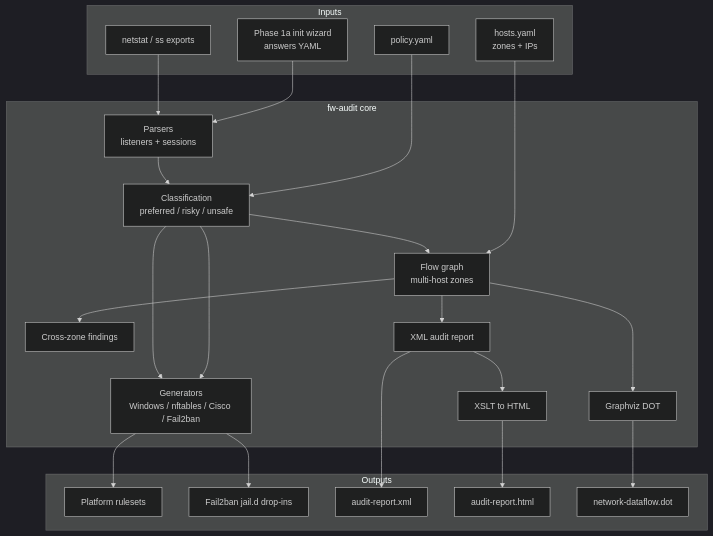
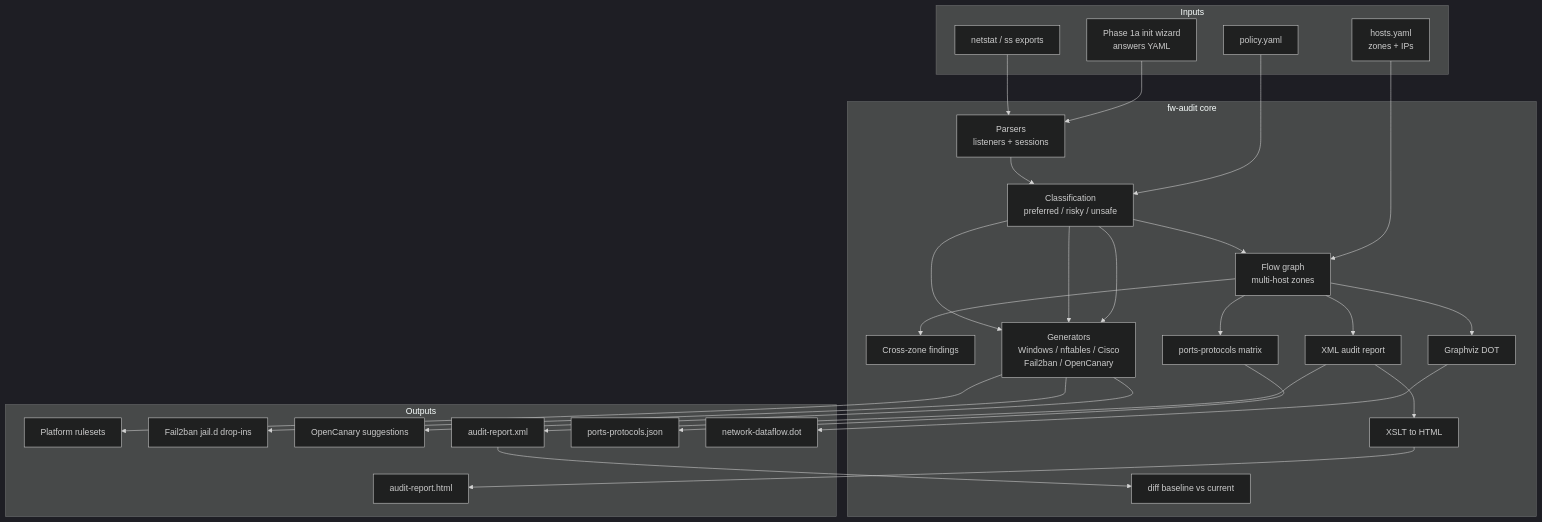
One commit to mowgli42/shield-map changed the first of 4 diagrams in README.md. Above: the diagram before and after it, drawn with Mermaid (dark theme). The commit also changed other lines of this file, not shown here.

Commit message:
Polish README architecture and status for consolidated health gaps.
Reflect ports-protocols matrix, OpenCanary, diff, and library API in the
diagram, SnarkSentinel note, and phase status table.

````diff
--- a/README.md
+++ b/README.md
@@ -9,39 +9,46 @@
 ```mermaid
 flowchart TB
   subgraph inputs [Inputs]
     INIT[Phase 1a init wizard\nanswers YAML]
     NET[netstat / ss exports]
     HOSTS[hosts.yaml\nzones + IPs]
     POLICY[policy.yaml]
   end
 
   subgraph core [fw-audit core]
     PARSE[Parsers\nlisteners + sessions]
     CLASS[Classification\npreferred / risky / unsafe]
     GRAPH[Flow graph\nmulti-host zones]
     CROSS[Cross-zone findings]
-    GEN[Generators\nWindows / nftables / Cisco / Fail2ban]
+    GEN[Generators\nWindows / nftables / Cisco\nFail2ban / OpenCanary]
     XML[XML audit report]
+    MATRIX[ports-protocols matrix]
     DOT[Graphviz DOT]
     XSLT[XSLT to HTML]
+    DIFF[diff baseline vs current]
   end
 
   subgraph outputs [Outputs]
     RULES[Platform rulesets]
     F2B[Fail2ban jail.d drop-ins]
+    CANARY[OpenCanary suggestions]
     REPORT[audit-report.xml]
+    PP[ports-protocols.json]
     HTML[audit-report.html]
     FLOW[network-dataflow.dot]
   end
 
   INIT --> PARSE
   NET --> PARSE
   HOSTS --> GRAPH
   POLICY --> CLASS
   PARSE --> CLASS --> GRAPH --> CROSS
   CLASS --> GEN --> RULES
   CLASS --> GEN --> F2B
+  CLASS --> GEN --> CANARY
   GRAPH --> XML --> REPORT
+  GRAPH --> MATRIX --> PP
   XML --> XSLT --> HTML
   GRAPH --> DOT --> FLOW
+  REPORT --> DIFF
 ```
````
